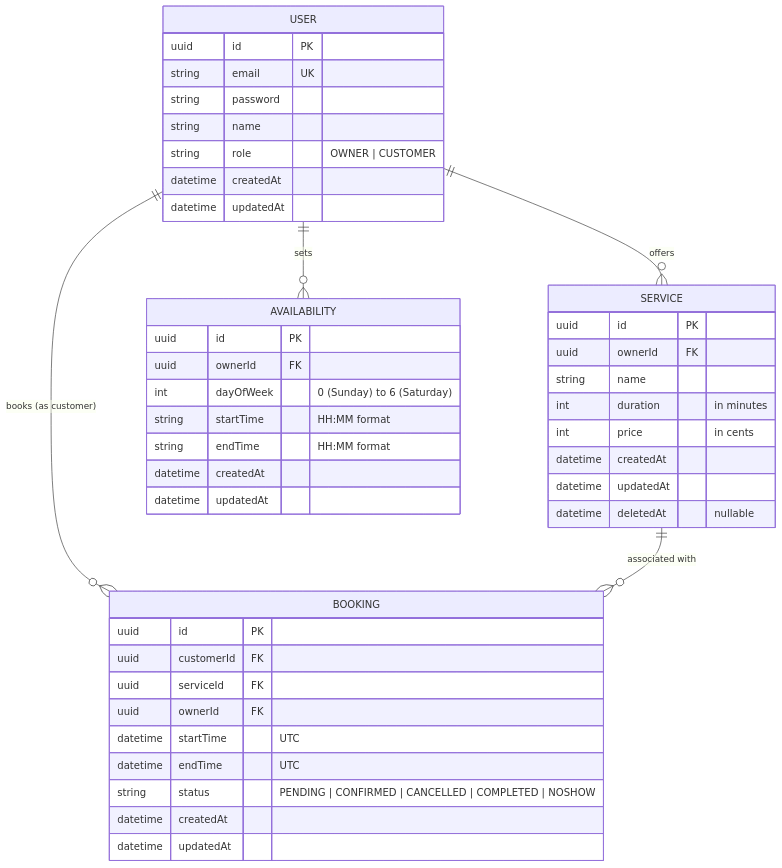
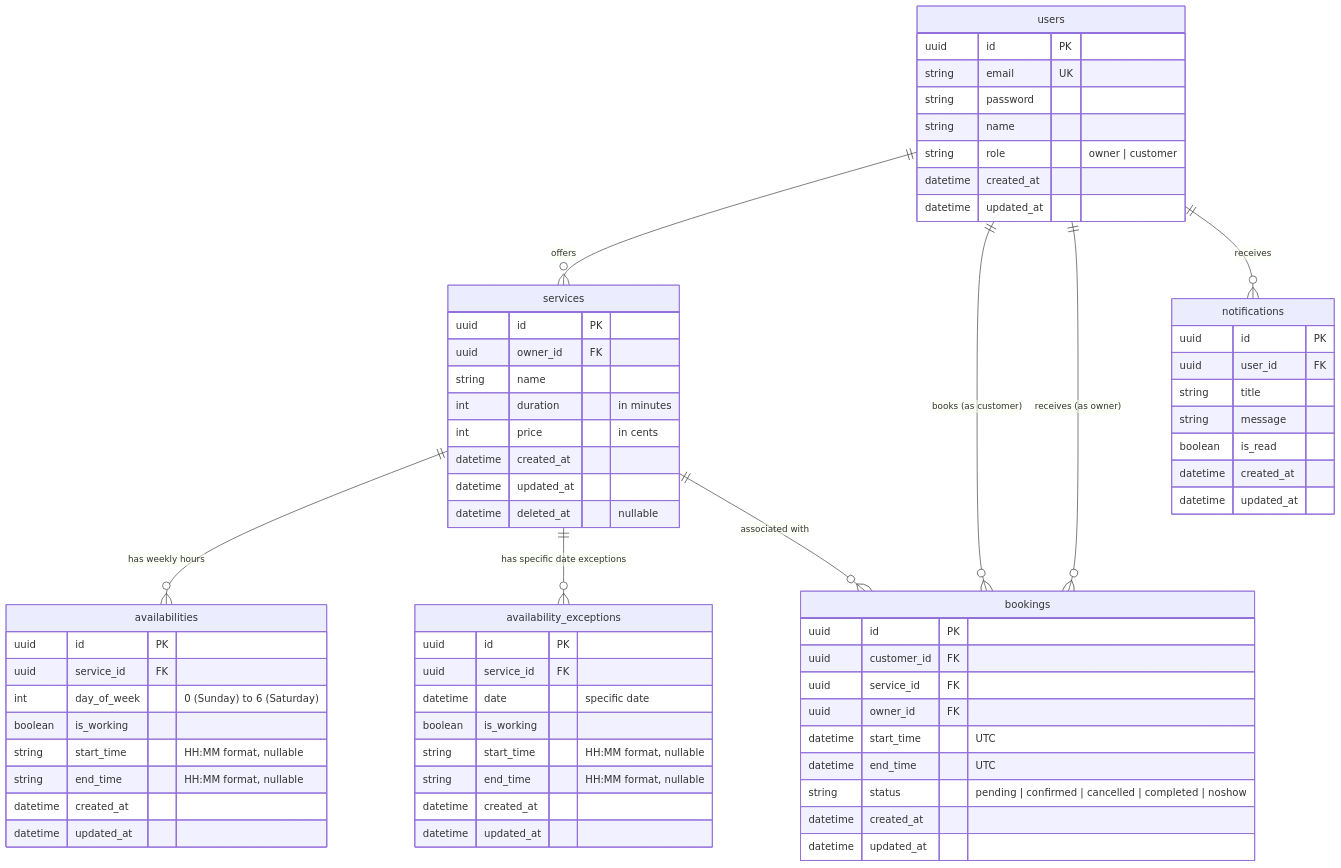
The diagram in DESIGN.md (parth-kathrotiya/corenet-backend-test-parth), drawn with Mermaid before and after one commit. The commit also changed other lines of this file and 1 other file, not shown here.

Commit message:
Initial schema create and schema changes for adding more functionality of notification and edge cases

````diff
--- a/DESIGN.md
+++ b/DESIGN.md
@@ -11,47 +11,70 @@
 ```mermaid
 erDiagram
-    USER {
+    users {
         uuid id PK
         string email UK
         string password
         string name
-        string role "OWNER | CUSTOMER"
-        datetime createdAt
-        datetime updatedAt
+        string role "owner | customer"
+        datetime created_at
+        datetime updated_at
     }
-    SERVICE {
+    services {
         uuid id PK
-        uuid ownerId FK
+        uuid owner_id FK
         string name
         int duration "in minutes"
         int price "in cents"
-        datetime createdAt
-        datetime updatedAt
-        datetime deletedAt "nullable"
+        datetime created_at
+        datetime updated_at
+        datetime deleted_at "nullable"
     }
-    AVAILABILITY {
+    availabilities {
         uuid id PK
-        uuid ownerId FK
-        int dayOfWeek "0 (Sunday) to 6 (Saturday)"
-        string startTime "HH:MM format"
-        string endTime "HH:MM format"
-        datetime createdAt
-        datetime updatedAt
+        uuid service_id FK
+        int day_of_week "0 (Sunday) to 6 (Saturday)"
+        boolean is_working
+        string start_time "HH:MM format, nullable"
+        string end_time "HH:MM format, nullable"
+        datetime created_at
+        datetime updated_at
     }
-    BOOKING {
+    availability_exceptions {
         uuid id PK
-        uuid customerId FK
-        uuid serviceId FK
-        uuid ownerId FK
-        datetime startTime "UTC"
-        datetime endTime "UTC"
-        string status "PENDING | CONFIRMED | CANCELLED | COMPLETED | NOSHOW"
-        datetime createdAt
-        datetime updatedAt
+        uuid service_id FK
+        datetime date "specific date"
+        boolean is_working
+        string start_time "HH:MM format, nullable"
+        string end_time "HH:MM format, nullable"
+        datetime created_at
+        datetime updated_at
+    }
+    bookings {
+        uuid id PK
+        uuid customer_id FK
+        uuid service_id FK
+        uuid owner_id FK
+        datetime start_time "UTC"
+        datetime end_time "UTC"
+        string status "pending | confirmed | cancelled | completed | noshow"
+        datetime created_at
+        datetime updated_at
+    }
+    notifications {
+        uuid id PK
+        uuid user_id FK
+        string title
+        string message
+        boolean is_read
+        datetime created_at
+        datetime updated_at
     }
 
-    USER ||--o{ SERVICE : "offers"
-    USER ||--o{ AVAILABILITY : "sets"
-    USER ||--o{ BOOKING : "books (as customer)"
-    SERVICE ||--o{ BOOKING : "associated with"
+    users ||--o{ services : "offers"
+    users ||--o{ bookings : "books (as customer)"
+    users ||--o{ bookings : "receives (as owner)"
+    users ||--o{ notifications : "receives"
+    services ||--o{ availabilities : "has weekly hours"
+    services ||--o{ availability_exceptions : "has specific date exceptions"
+    services ||--o{ bookings : "associated with"
 ```
````
